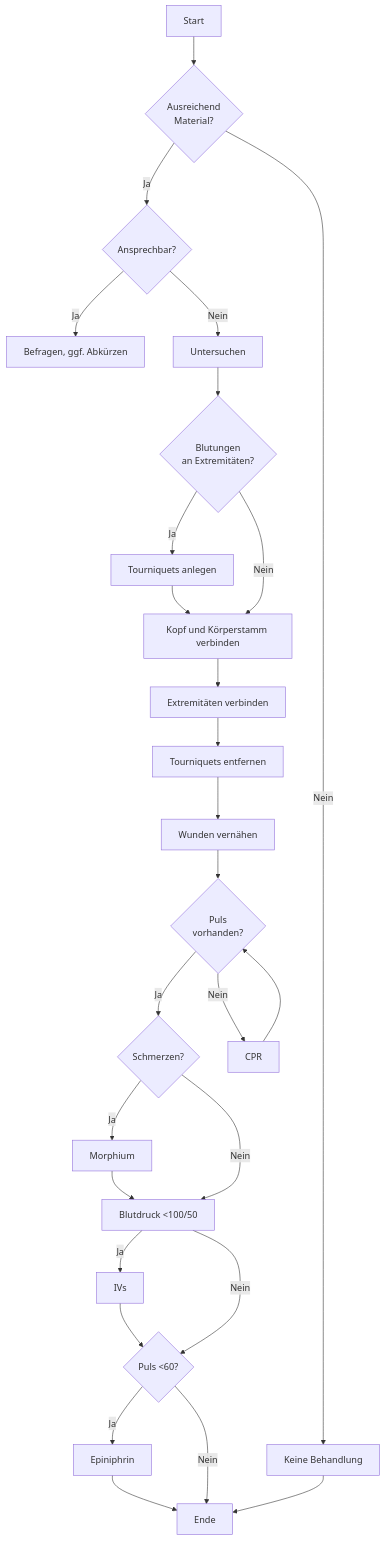
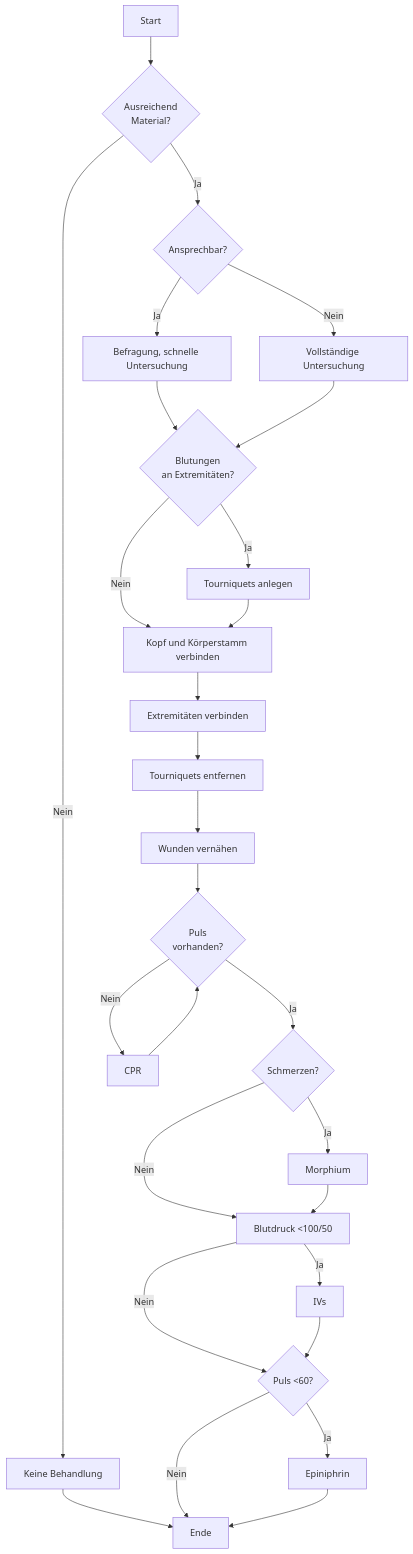
Before and after one commit to inten-gg/wiki: the second of 2 diagrams in arma3/ace3-medical.md, drawn with Mermaid. The commit also changed other lines of this file, not shown here.

Commit message:
docs: update arma3/ace3-medical

````diff
--- a/arma3/ace3-medical.md
+++ b/arma3/ace3-medical.md
@@ -101,29 +101,30 @@
 ```mermaid
 flowchart TD
     Start[Start] --> Material{Ausreichend\nMaterial?}
     Material -- Ja --> Ansprechbar{Ansprechbar?}    
     Material -- Nein --> Nope[Keine Behandlung]
     Nope --> Ende
-    Ansprechbar -- Ja --> Question[Befragen, ggf. Abkürzen]
-    Ansprechbar -- Nein --> Untersuchen
-    Untersuchen --> VieleBlutungen{Blutungen\nan Extremitäten?}
+    Ansprechbar -- Ja --> Question[Befragung, schnelle Untersuchung]    
+    Ansprechbar -- Nein --> CompleteSearch[Vollständige Untersuchung]
+    Question --> VieleBlutungen
+    CompleteSearch --> VieleBlutungen{Blutungen\nan Extremitäten?}
     VieleBlutungen -- Ja --> Tourniquets[Tourniquets anlegen]
     VieleBlutungen -- Nein --> Torso[Kopf und Körperstamm verbinden]
     Tourniquets --> Torso
     Torso --> Extreminaeten[Extremitäten verbinden]
     Extreminaeten --> TourniquetsDel[Tourniquets entfernen]
     TourniquetsDel --> Stitch[Wunden vernähen]
     Stitch --> PulsAfterStitch{Puls\nvorhanden?}
     PulsAfterStitch -- Ja --> Pain{Schmerzen?}
     PulsAfterStitch -- Nein --> CPR
     CPR --> PulsAfterStitch
     Pain -- Ja --> Morphium
     Pain -- Nein --> BloodPressure[Blutdruck <100/50]
     Morphium --> BloodPressure
     BloodPressure -- Ja --> IVs    
     BloodPressure -- Nein --> PulseAfterBloodPressure{Puls <60?}
     IVs --> PulseAfterBloodPressure
     PulseAfterBloodPressure -- Ja --> Epiniphrin
     PulseAfterBloodPressure -- Nein --> Ende
     Epiniphrin --> Ende    
 ```  
````
